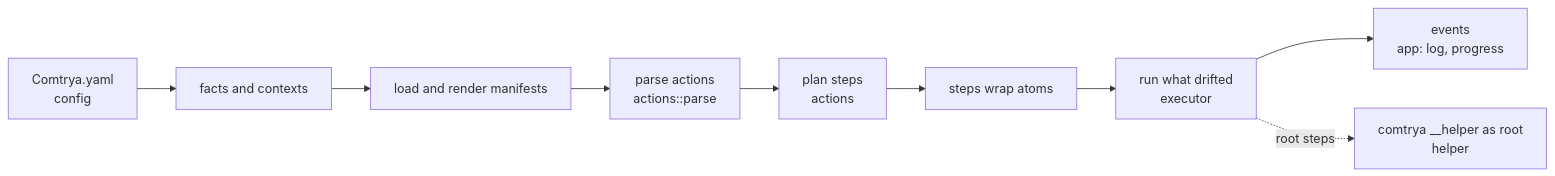
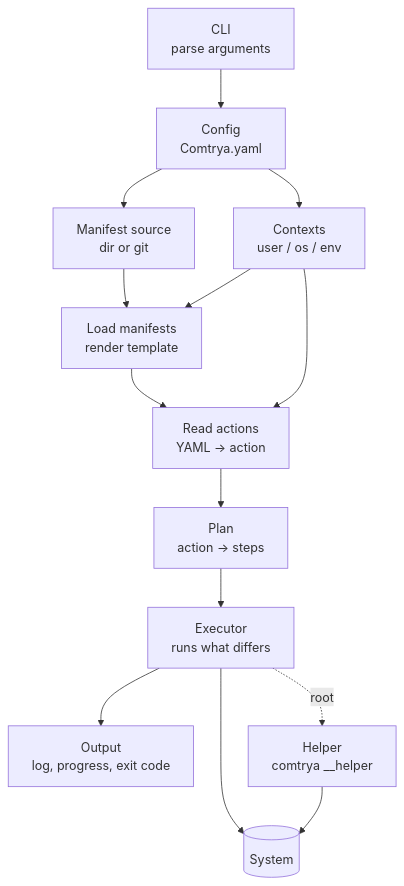
The diagram in ARCHITECTURE.md (comtrya/comtrya), drawn with Mermaid before and after one commit. The commit also changed other lines of this file, not shown here.

Commit message:
docs: ARCHITECTURE.md diagram with the CLI and a short description per block (#777)

````diff
--- a/ARCHITECTURE.md
+++ b/ARCHITECTURE.md
@@ -18,11 +18,16 @@
 ```mermaid
-flowchart LR
-    config["Comtrya.yaml<br/>config"] --> facts["facts and contexts"]
-    facts --> load["load and render manifests"]
-    load --> parse["parse actions<br/>actions::parse"]
-    parse --> plan["plan steps<br/>actions"]
-    plan --> steps["steps wrap atoms"]
-    steps --> exec["run what drifted<br/>executor"]
-    exec --> events["events<br/>app: log, progress"]
-    exec -. root steps .-> helper["comtrya __helper as root<br/>helper"]
+flowchart TD
+    cli["CLI<br/>parse arguments"] --> config["Config<br/>Comtrya.yaml"]
+    config --> contexts["Contexts<br/>user / os / env"]
+    config --> source["Manifest source<br/>dir or git"]
+    source --> load["Load manifests<br/>render template"]
+    contexts --> load
+    load --> parse["Read actions<br/>YAML → action"]
+    contexts --> parse
+    parse --> plan["Plan<br/>action → steps"]
+    plan --> exec["Executor<br/>runs what differs"]
+    exec --> system[("System")]
+    exec --> output["Output<br/>log, progress, exit code"]
+    exec -. root .-> helper["Helper<br/>comtrya __helper"]
+    helper --> system
 ```
````
